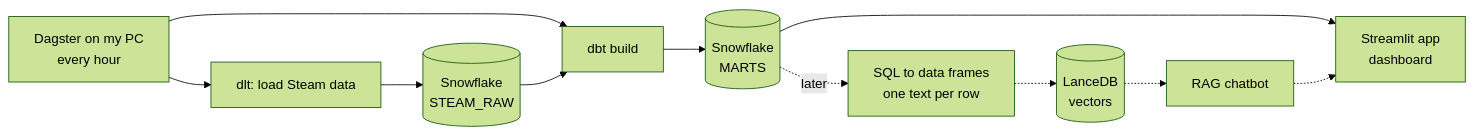
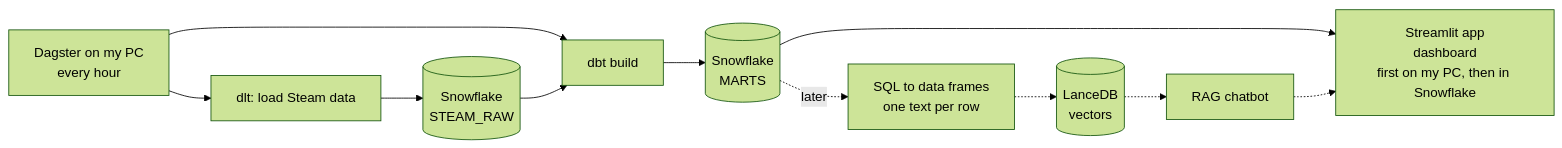
Before and after one commit to Akina-Aoki/steam_data_platform_aira: the diagram in docs/17_dagster_plan.md, drawn with Mermaid (forest theme). The commit also changed other lines of this file and 4 other files, not shown here.

Commit message:
docs: update Stage 2 plan, no Docker or Postgres, dashboard in Snowflake

````diff
--- a/docs/17_dagster_plan.md
+++ b/docs/17_dagster_plan.md
@@ -9,13 +11,13 @@
 ```mermaid
 flowchart LR
     D[Dagster on my PC<br/>every hour] --> I[dlt: load Steam data]
     I --> R[(Snowflake<br/>STEAM_RAW)]
     D --> T[dbt build]
     R --> T
     T --> M[(Snowflake<br/>MARTS)]
-    M --> S[Streamlit app<br/>dashboard]
+    M --> S[Streamlit app<br/>dashboard<br/>first on my PC, then in Snowflake]
     M -. later .-> DF[SQL to data frames<br/>one text per row]
     DF -.-> V[(LanceDB<br/>vectors)]
     V -.-> G[RAG chatbot]
     G -.-> S
 ```
````
